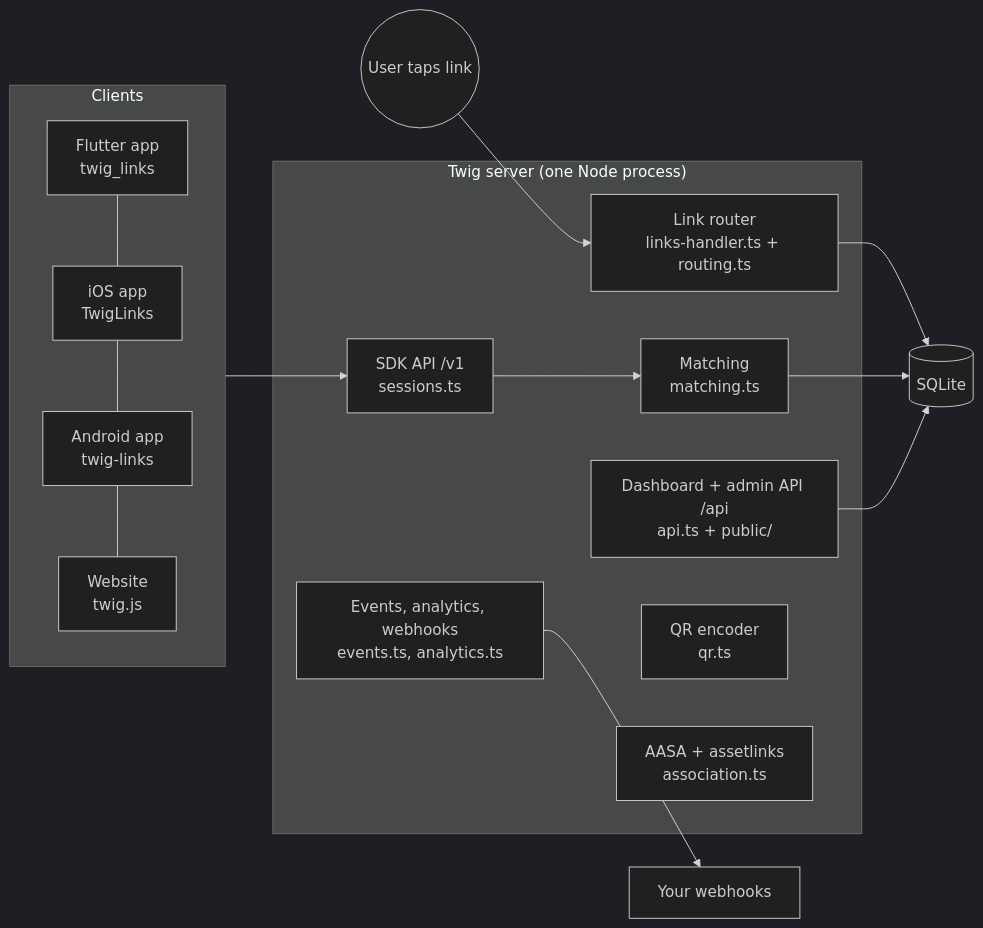
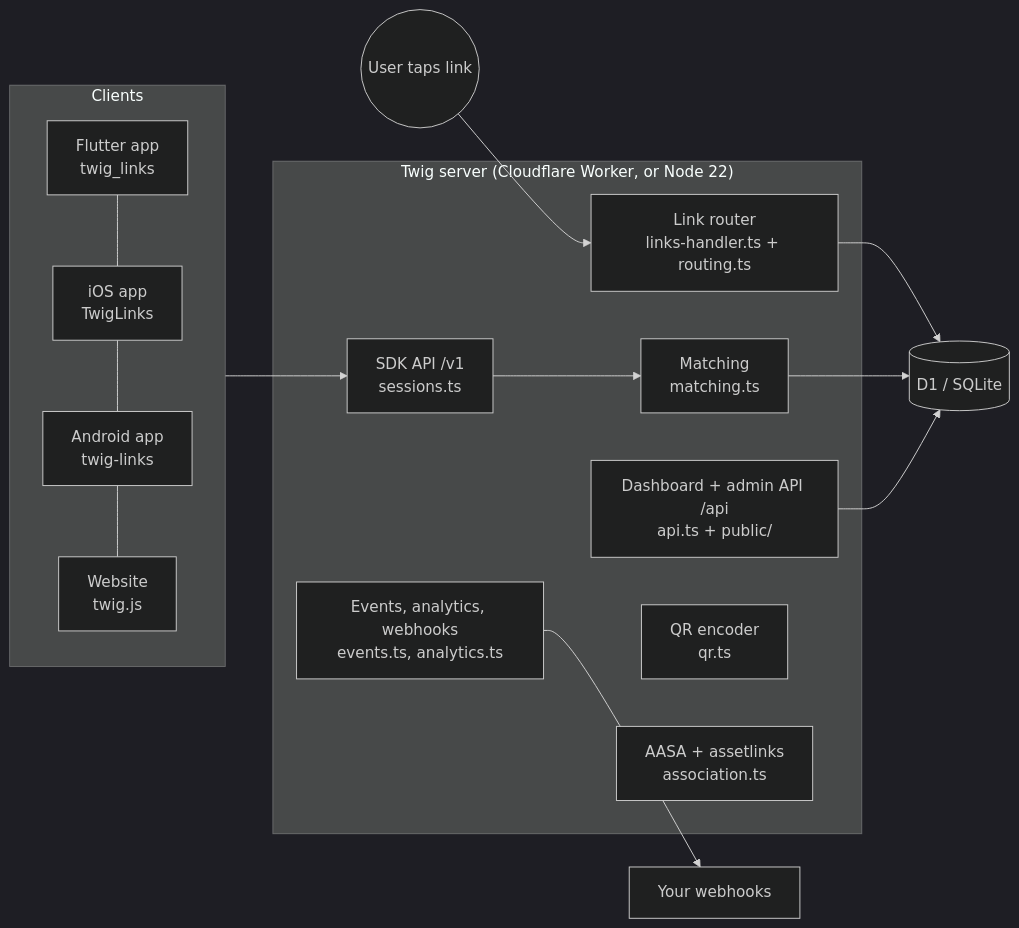
Before and after one commit to AbdallaGama/twig-links: the diagram in docs/02-architecture.md, drawn with Mermaid (dark theme). The commit also changed other lines of this file and 40 other files, not shown here.

First line of the commit message:
feat: run Twig on Cloudflare Workers free plan with D1

````diff
--- a/docs/02-architecture.md
+++ b/docs/02-architecture.md
@@ -5,23 +5,23 @@
 ```mermaid
 flowchart LR
   subgraph Clients
     F[Flutter app\ntwig_links] --- I[iOS app\nTwigLinks]
     I --- A[Android app\ntwig-links]
     A --- W[Website\ntwig.js]
   end
-  subgraph Server["Twig server (one Node process)"]
+  subgraph Server["Twig server (Cloudflare Worker, or Node 22)"]
     R[Link router\nlinks-handler.ts + routing.ts]
     M[Matching\nmatching.ts]
     S[SDK API /v1\nsessions.ts]
     D[Dashboard + admin API /api\napi.ts + public/]
     E[Events, analytics, webhooks\nevents.ts, analytics.ts]
     Q[QR encoder\nqr.ts]
     X[AASA + assetlinks\nassociation.ts]
   end
-  DB[(SQLite)]
+  DB[(D1 / SQLite)]
   User((User taps link)) --> R
   R --> DB
   Clients --> S --> M --> DB
   D --> DB
   E --> Hooks[Your webhooks]
 ```
````
